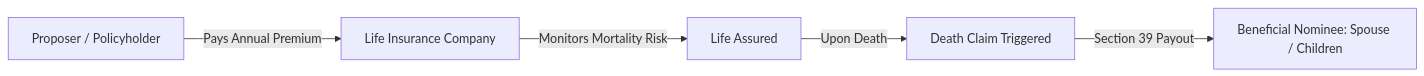
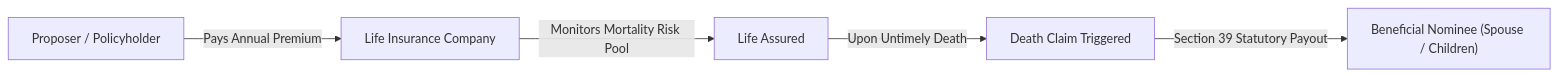
One commit to chirag127/cover-and-capital-india changed the first of 2 diagrams in src/content/articles/life-insurance-india-beginners-guide.mdx. Above: the diagram before and after it, drawn with Mermaid. The commit also changed other lines of this file and 19 other files, not shown here.

Commit message:
feat: expand cornerstone guides with deep problem-solving analysis, Policybazaar plan breakdowns, and Mermaid renderer

````diff
--- a/src/content/articles/life-insurance-india-beginners-guide.mdx
+++ b/src/content/articles/life-insurance-india-beginners-guide.mdx
@@ -77,7 +94,7 @@
 ```mermaid
 flowchart LR
-    P[Proposer / Policyholder] -->|Pays Annual Premium| I[Life Insurance Company]
-    I -->|Monitors Mortality Risk| LA[Life Assured]
-    LA -->|Upon Death| C[Death Claim Triggered]
-    C -->|Section 39 Payout| BN[Beneficial Nominee: Spouse / Children]
+    P["Proposer / Policyholder"] -->|Pays Annual Premium| I["Life Insurance Company"]
+    I -->|Monitors Mortality Risk Pool| LA["Life Assured"]
+    LA -->|Upon Untimely Death| C["Death Claim Triggered"]
+    C -->|Section 39 Statutory Payout| BN["Beneficial Nominee (Spouse / Children)"]
 ```
````
